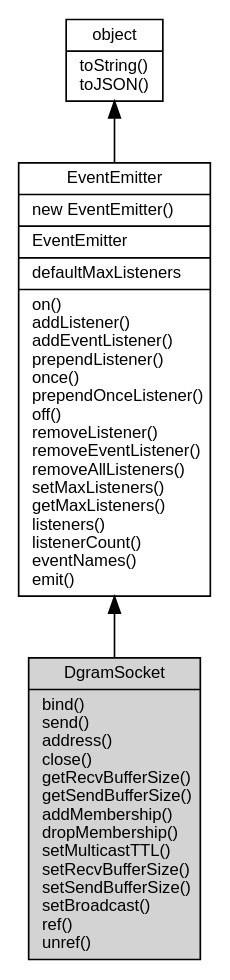
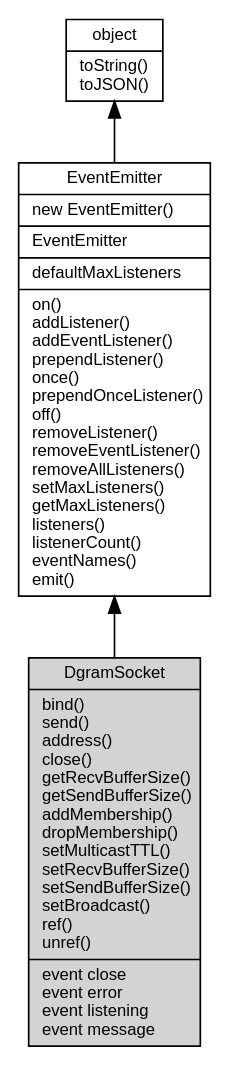
Before and after one commit to fibjs/fibjs.org: the diagram in docs/manual/object/ifs/DgramSocket.md, drawn with Graphviz. The commit also changed other lines of this file and 63 other files, not shown here.

````diff
--- a/docs/manual/object/ifs/DgramSocket.md
+++ b/docs/manual/object/ifs/DgramSocket.md
@@ -35,12 +14,12 @@
 ```dot
 digraph {
     node [fontname="Helvetica,sans-Serif", fontsize=10, shape="record", style="filled", fillcolor="white"];
 
     object [tooltip="object", URL="object.md", label="{object|toString()\ltoJSON()\l}"];
     EventEmitter [tooltip="EventEmitter", URL="EventEmitter.md", label="{EventEmitter|new EventEmitter()\l|EventEmitter\l|defaultMaxListeners\l|on()\laddListener()\laddEventListener()\lprependListener()\lonce()\lprependOnceListener()\loff()\lremoveListener()\lremoveEventListener()\lremoveAllListeners()\lsetMaxListeners()\lgetMaxListeners()\llisteners()\llistenerCount()\leventNames()\lemit()\l}"];
-    DgramSocket [tooltip="DgramSocket", fillcolor="lightgray", id="me", label="{DgramSocket|bind()\lsend()\laddress()\lclose()\lgetRecvBufferSize()\lgetSendBufferSize()\laddMembership()\ldropMembership()\lsetMulticastTTL()\lsetRecvBufferSize()\lsetSendBufferSize()\lsetBroadcast()\lref()\lunref()\l}"];
+    DgramSocket [tooltip="DgramSocket", fillcolor="lightgray", id="me", label="{DgramSocket|bind()\lsend()\laddress()\lclose()\lgetRecvBufferSize()\lgetSendBufferSize()\laddMembership()\ldropMembership()\lsetMulticastTTL()\lsetRecvBufferSize()\lsetSendBufferSize()\lsetBroadcast()\lref()\lunref()\l|event close\levent error\levent listening\levent message\l}"];
 
     object -> EventEmitter [dir=back];
     EventEmitter -> DgramSocket [dir=back];
 }
 ```
````
